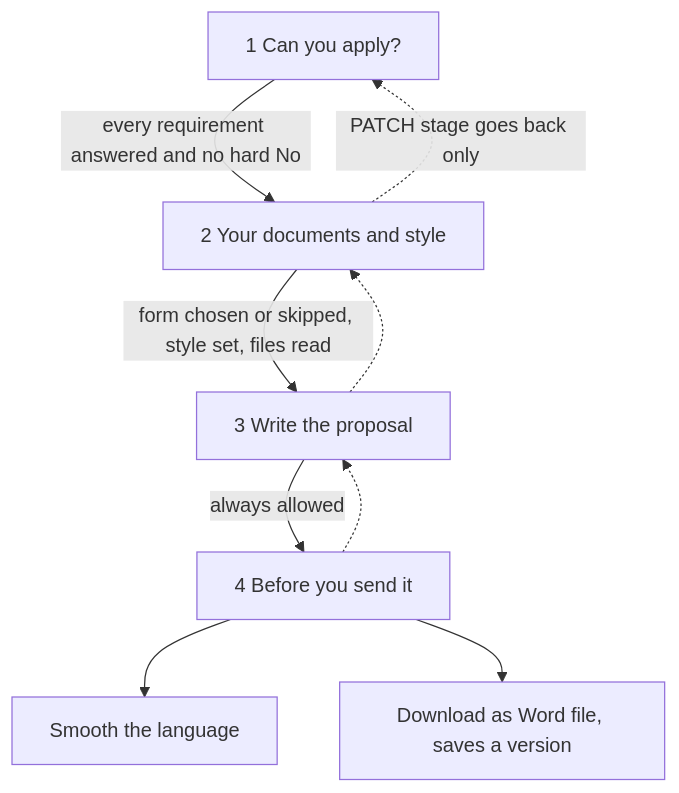
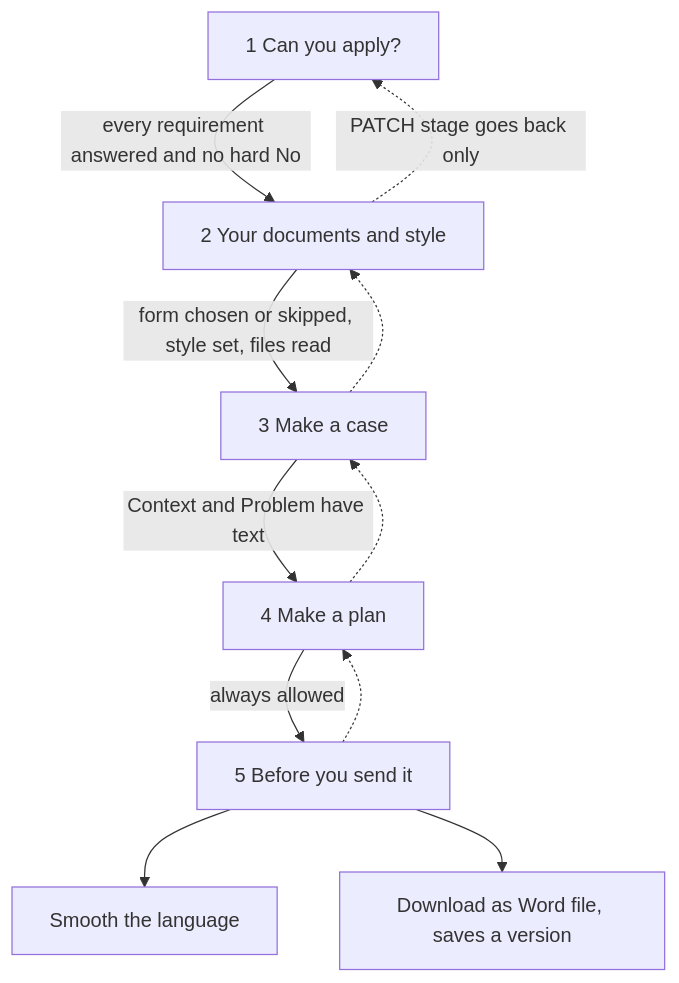
The first of 2 diagrams in openwiki/architecture/proposal-copilot.md (project-tech4dev/sangam), drawn with Mermaid before and after one commit. The commit also changed other lines of this file and 61 other files, not shown here.

````diff
--- a/openwiki/architecture/proposal-copilot.md
+++ b/openwiki/architecture/proposal-copilot.md
@@ -162,11 +172,13 @@
 ```mermaid
 flowchart TD
     S1["1 Can you apply?"] -->|"every requirement answered and no hard No"| S2["2 Your documents and style"]
-    S2 -->|"form chosen or skipped, style set, files read"| S3["3 Write the proposal"]
-    S3 -->|"always allowed"| S4["4 Before you send it"]
-    S4 --> POLISH["Smooth the language"]
-    S4 --> DOCX["Download as Word file, saves a version"]
+    S2 -->|"form chosen or skipped, style set, files read"| S3["3 Make a case"]
+    S3 -->|"Context and Problem have text"| S4["4 Make a plan"]
+    S4 -->|"always allowed"| S5["5 Before you send it"]
+    S5 --> POLISH["Smooth the language"]
+    S5 --> DOCX["Download as Word file, saves a version"]
     S2 -.->|"PATCH stage goes back only"| S1
     S3 -.-> S2
     S4 -.-> S3
+    S5 -.-> S4
 ```
````
